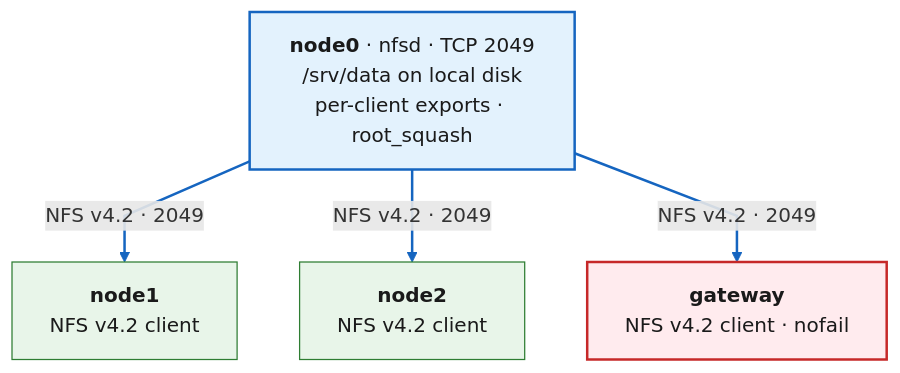
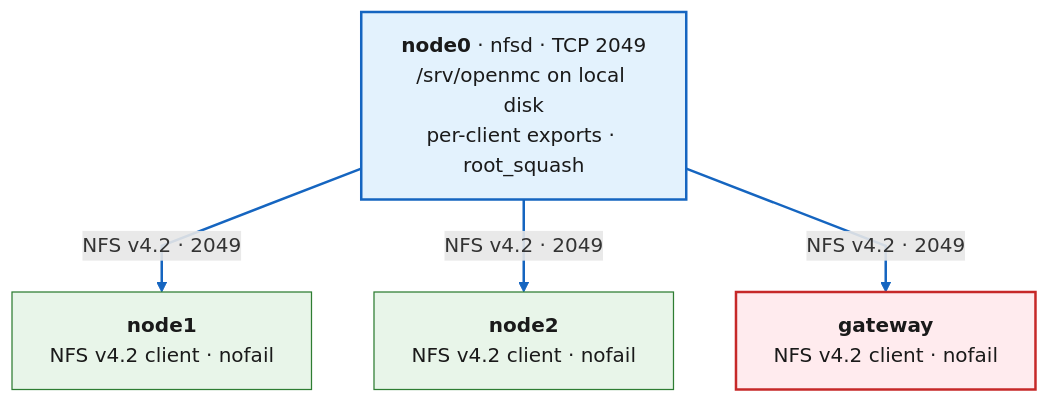
The second of 4 diagrams in docs/architecture.md (RyanMoore-phys/homelab-infra), drawn with Mermaid before and after one commit. The commit also changed other lines of this file and 17 other files, not shown here.

````diff
--- a/docs/architecture.md
+++ b/docs/architecture.md
@@ -115,20 +118,20 @@
 ```mermaid
 flowchart TB
-    nfsd["<b>node0</b> · nfsd · TCP 2049<br/>/srv/data on local disk<br/>per-client exports · root_squash"]
-    m1["<b>node1</b><br/>NFS v4.2 client"]
-    m2["<b>node2</b><br/>NFS v4.2 client"]
+    nfsd["<b>node0</b> · nfsd · TCP 2049<br/>/srv/openmc on local disk<br/>per-client exports · root_squash"]
+    m1["<b>node1</b><br/>NFS v4.2 client · nofail"]
+    m2["<b>node2</b><br/>NFS v4.2 client · nofail"]
     mg["<b>gateway</b><br/>NFS v4.2 client · nofail"]
 
     nfsd -->|"NFS v4.2 · 2049"| m1
     nfsd -->|"NFS v4.2 · 2049"| m2
     nfsd -->|"NFS v4.2 · 2049"| mg
 
     classDef srv fill:#e3f2fd,stroke:#1565c0,stroke-width:2px,color:#1a1a1a
     classDef client fill:#e8f5e9,stroke:#2e7d32,color:#1a1a1a
     classDef gw fill:#ffebee,stroke:#c62828,stroke-width:2px,color:#1a1a1a
     class nfsd srv
     class m1,m2 client
     class mg gw
     linkStyle default interpolate linear
     linkStyle 0,1,2 stroke:#1565c0,stroke-width:2px
 ```
````
